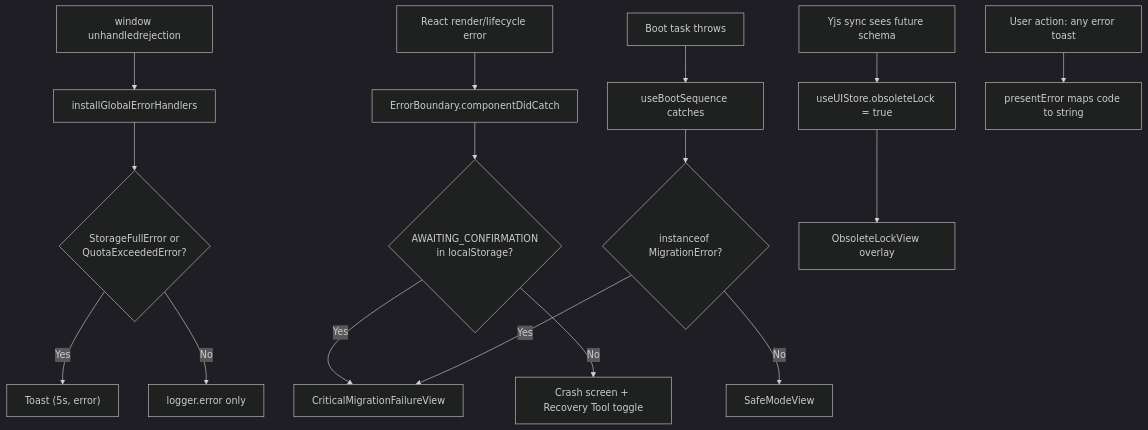
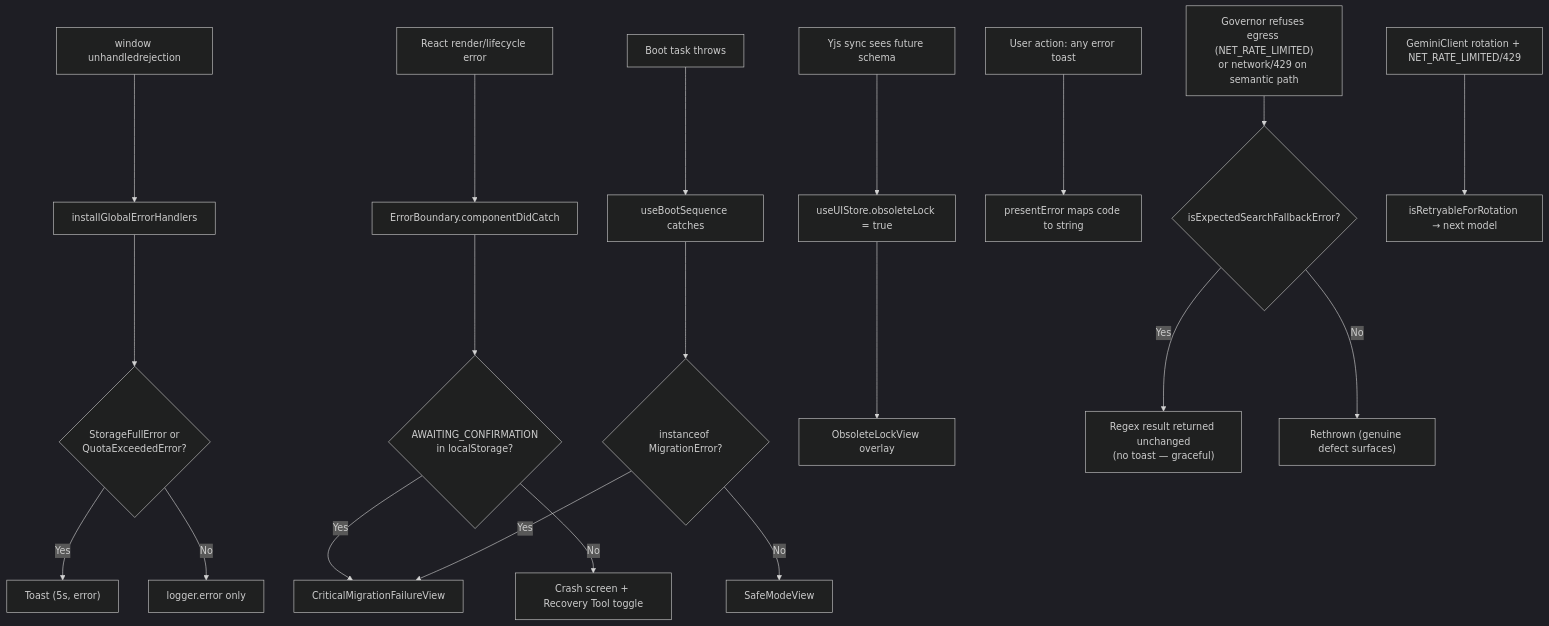
Before and after one commit to vrwarp/versicle: the fifth of 5 diagrams in docs/comprehensive/15-error-handling-and-recovery.md, drawn with Mermaid (dark theme). The commit also changed other lines of this file and 17 other files, not shown here.

First line of the commit message:
docs(comprehensive): document quota governor, semantic search, Artifact Lane

````diff
--- a/docs/comprehensive/15-error-handling-and-recovery.md
+++ b/docs/comprehensive/15-error-handling-and-recovery.md
@@ -769,18 +835,22 @@
 ```mermaid
 graph TD
     A["window unhandledrejection"] --> B["installGlobalErrorHandlers"]
     B --> C{"StorageFullError or\nQuotaExceededError?"}
     C -- Yes --> D["Toast (5s, error)"]
     C -- No --> E["logger.error only"]
     F["React render/lifecycle error"] --> G["ErrorBoundary.componentDidCatch"]
     G --> H{"AWAITING_CONFIRMATION\nin localStorage?"}
     H -- Yes --> I["CriticalMigrationFailureView"]
     H -- No --> J["Crash screen + Recovery Tool toggle"]
     K["Boot task throws"] --> L["useBootSequence catches"]
     L --> M{"instanceof MigrationError?"}
     M -- Yes --> I
     M -- No --> N["SafeModeView"]
     O["Yjs sync sees future schema"] --> P["useUIStore.obsoleteLock = true"]
     P --> Q["ObsoleteLockView overlay"]
     R["User action: any error toast"] --> S["presentError maps code to string"]
+    T["Governor refuses egress (NET_RATE_LIMITED)\nor network/429 on semantic path"] --> U{"isExpectedSearchFallbackError?"}
+    U -- Yes --> V["Regex result returned unchanged\n(no toast — graceful)"]
+    U -- No --> W["Rethrown (genuine defect surfaces)"]
+    T2["GeminiClient rotation + NET_RATE_LIMITED/429"] --> X["isRetryableForRotation → next model"]
 ```
````
